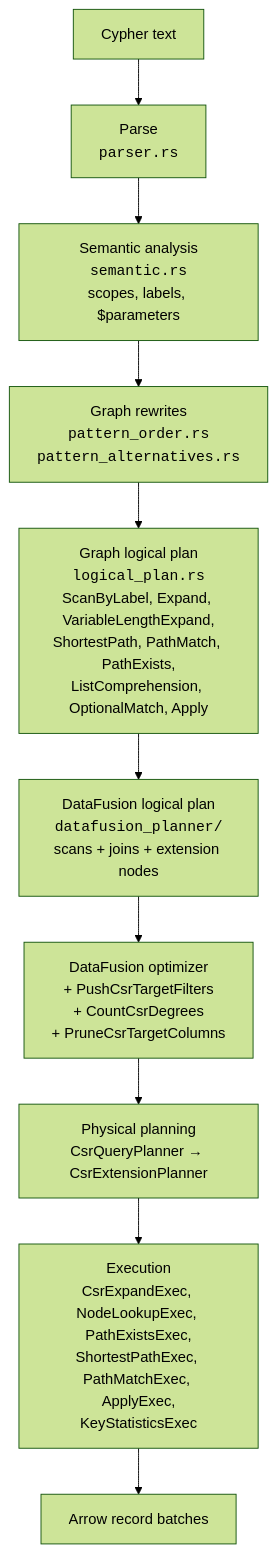
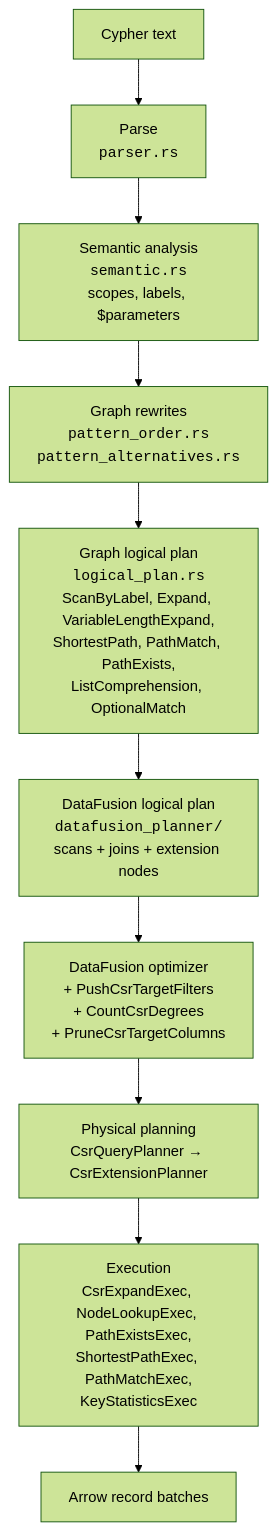
Before and after one commit to hyperdimensionalcomputingai/lance-csr: the diagram in docs/internals/index.md, drawn with Mermaid (forest theme). The commit also changed other lines of this file and 28 other files, not shown here.

````diff
--- a/docs/internals/index.md
+++ b/docs/internals/index.md
@@ -61,12 +61,12 @@
 ```mermaid
 flowchart TD
     T["Cypher text"] --> P["Parse<br/><code>parser.rs</code>"]
     P --> S["Semantic analysis<br/><code>semantic.rs</code><br/>scopes, labels, $parameters"]
     S --> R["Graph rewrites<br/><code>pattern_order.rs</code><br/><code>pattern_alternatives.rs</code>"]
-    R --> G["Graph logical plan<br/><code>logical_plan.rs</code><br/>ScanByLabel, Expand, VariableLengthExpand,<br/>ShortestPath, PathMatch, PathExists,<br/>ListComprehension, OptionalMatch, Apply"]
+    R --> G["Graph logical plan<br/><code>logical_plan.rs</code><br/>ScanByLabel, Expand, VariableLengthExpand,<br/>ShortestPath, PathMatch, PathExists,<br/>ListComprehension, OptionalMatch"]
     G --> D["DataFusion logical plan<br/><code>datafusion_planner/</code><br/>scans + joins + extension nodes"]
     D --> O["DataFusion optimizer<br/>+ PushCsrTargetFilters<br/>+ CountCsrDegrees<br/>+ PruneCsrTargetColumns"]
     O --> X["Physical planning<br/>CsrQueryPlanner → CsrExtensionPlanner"]
-    X --> E["Execution<br/>CsrExpandExec, NodeLookupExec, PathExistsExec,<br/>ShortestPathExec, PathMatchExec, ApplyExec,<br/>KeyStatisticsExec"]
+    X --> E["Execution<br/>CsrExpandExec, NodeLookupExec, PathExistsExec,<br/>ShortestPathExec, PathMatchExec,<br/>KeyStatisticsExec"]
     E --> B["Arrow record batches"]
 ```
````
